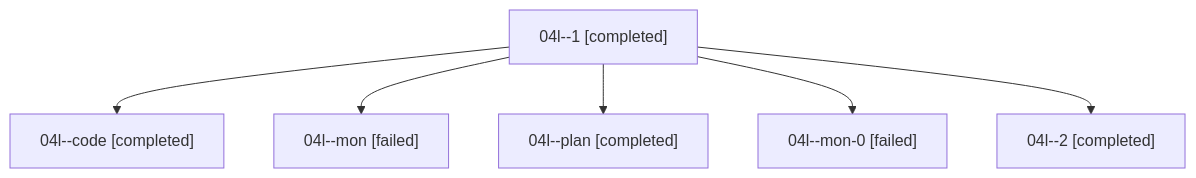
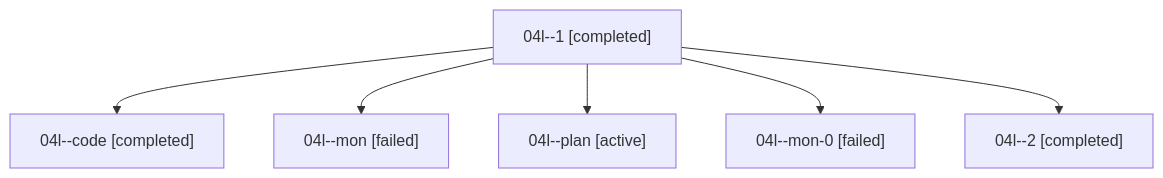
The diagram in families/bbugyi200.athena.04l.md (sase-org/sase--agents), drawn with Mermaid before and after one commit. The commit also changed other lines of this file and 35830 other files, not shown here.

````diff
--- a/families/bbugyi200.athena.04l.md
+++ b/families/bbugyi200.athena.04l.md
@@ -9,14 +9,14 @@
 ```mermaid
 flowchart TD
   n0["04l--1 [completed]"]
   n1["04l--code [completed]"]
   n0 --> n1
   n2["04l--mon [failed]"]
   n0 --> n2
-  n3["04l--plan [completed]"]
+  n3["04l--plan [active]"]
   n0 --> n3
   n4["04l--mon-0 [failed]"]
   n0 --> n4
   n5["04l--2 [completed]"]
   n0 --> n5
 ```
````
